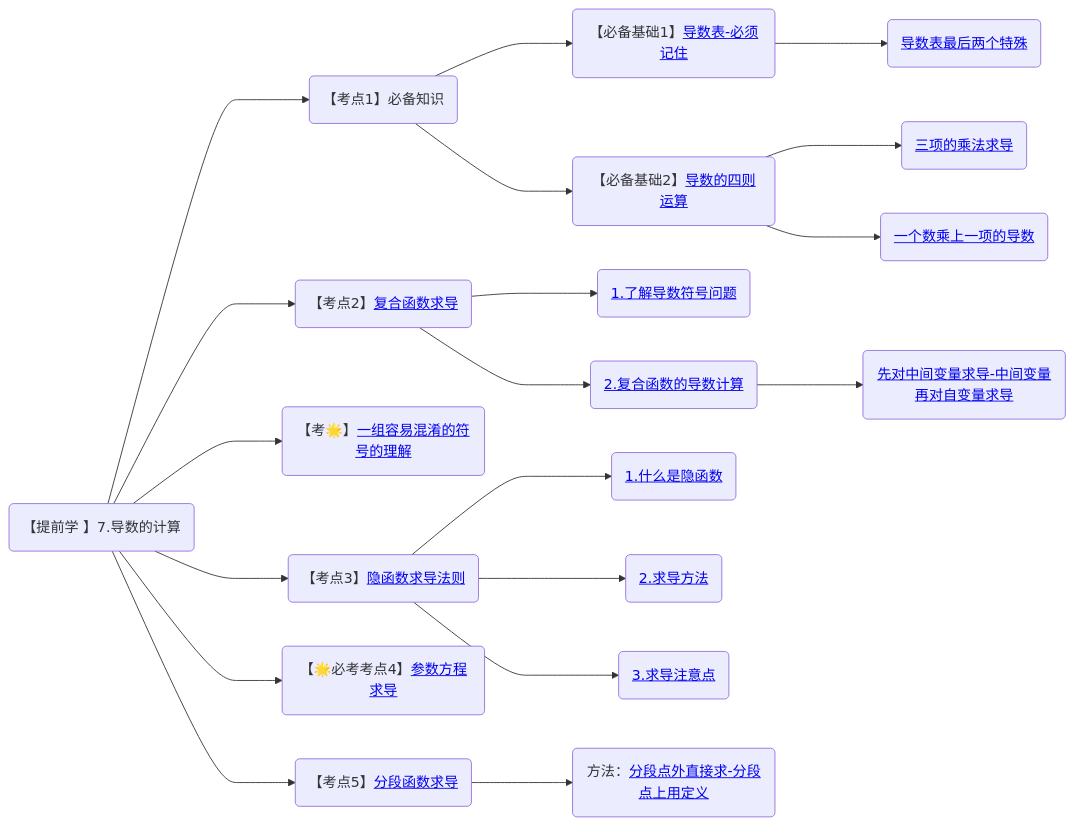
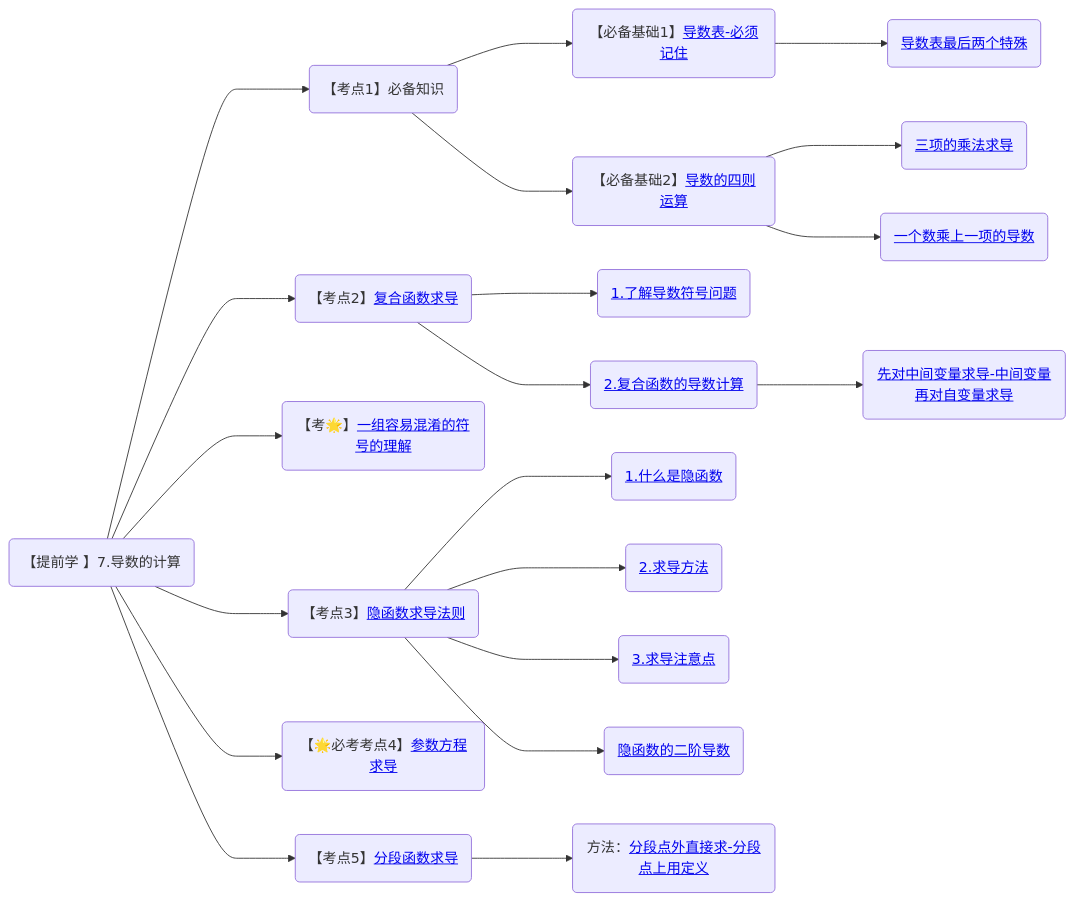
One commit to yuebinghui/note changed the eighth of 11 diagrams in 笔记/数学/周洋鑫/框架.md. Above: the diagram before and after it, drawn with Mermaid. The commit also changed other lines of this file and 10 other files, not shown here.

````diff
--- a/笔记/数学/周洋鑫/框架.md
+++ b/笔记/数学/周洋鑫/框架.md
@@ -259,30 +259,31 @@
 ```mermaid
 graph LR
 7.导数的计算(【提前学 】7.导数的计算)
 
 7.导数的计算---> 必备知识(【考点1】必备知识)
 必备知识--->导数表-必须记住(【必备基础1】<a href="/Users/yuebinghui/Documents/program/github/note/笔记/数学/周洋鑫/11.1零基础核心考点精讲10-1.md#导数表-必须记住">导数表-必须记住</>)
 导数表-必须记住--->导数表最后两个特殊(<a href="/Users/yuebinghui/Documents/program/github/note/笔记/数学/周洋鑫/11.1零基础核心考点精讲10-1.md#导数表最后两个特殊">导数表最后两个特殊</>)
 必备知识--->导数的四则运算(【必备基础2】<a href="/Users/yuebinghui/Documents/program/github/note/笔记/数学/周洋鑫/11.1零基础核心考点精讲10-1.md#导数的四则运算">导数的四则运算</>)
 导数的四则运算--->三项的乘法求导(<a href="/Users/yuebinghui/Documents/program/github/note/笔记/数学/周洋鑫/11.1零基础核心考点精讲10-1.md#三项的乘法求导">三项的乘法求导</>)
 导数的四则运算--->一个数乘上一项的导数(<a href="/Users/yuebinghui/Documents/program/github/note/笔记/数学/周洋鑫/11.1零基础核心考点精讲10-1.md#一个数乘上一项的导数">一个数乘上一项的导数</>)
 
 7.导数的计算---> 复合函数求导(【考点2】<a href="/Users/yuebinghui/Documents/program/github/note/笔记/数学/周洋鑫/11.1零基础核心考点精讲10-1.md#复合函数求导">复合函数求导</>)
 复合函数求导---> 1.了解导数符号问题(<a href="/Users/yuebinghui/Documents/program/github/note/笔记/数学/周洋鑫/11.1零基础核心考点精讲10-1.md#1.了解导数符号问题">1.了解导数符号问题</>)
 复合函数求导---> 2.复合函数的导数计算(<a href="/Users/yuebinghui/Documents/program/github/note/笔记/数学/周洋鑫/11.1零基础核心考点精讲10-1.md#2.复合函数的导数计算">2.复合函数的导数计算</>)
 2.复合函数的导数计算--->先对中间变量求导-中间变量再对自变量求导(<a href="/Users/yuebinghui/Documents/program/github/note/笔记/数学/周洋鑫/11.1零基础核心考点精讲10-1.md#先对中间变量求导-中间变量再对自变量求导">先对中间变量求导-中间变量再对自变量求导</>)
 
 7.导数的计算---> 一组容易混淆的符号的理解(【考🌟】<a href="/Users/yuebinghui/Documents/program/github/note/笔记/数学/周洋鑫/11.1零基础核心考点精讲10-1.md#一组容易混淆的符号的理解">一组容易混淆的符号的理解</>)
 
 7.导数的计算---> 隐函数求导法则(【考点3】<a href="/Users/yuebinghui/Documents/program/github/note/笔记/数学/周洋鑫/12.零基础核心考点精讲11-1.md#隐函数求导法则">隐函数求导法则</>)
 隐函数求导法则 ---> 1.什么是隐函数(<a href="/Users/yuebinghui/Documents/program/github/note/笔记/数学/周洋鑫/12.零基础核心考点精讲11-1.md#1.什么是隐函数">1.什么是隐函数</>)
 隐函数求导法则 ---> 2.求导方法(<a href="/Users/yuebinghui/Documents/program/github/note/笔记/数学/周洋鑫/12.零基础核心考点精讲11-1.md#2.求导方法">2.求导方法</>)
 隐函数求导法则 ---> 3.求导注意点(<a href="/Users/yuebinghui/Documents/program/github/note/笔记/数学/周洋鑫/12.零基础核心考点精讲11-1.md#3.求导注意点">3.求导注意点</>)
+隐函数求导法则 ---> 隐函数的二阶导数(<a href="/Users/yuebinghui/Documents/program/github/note/笔记/数学/周洋鑫/12.零基础核心考点精讲11-1.md#隐函数的二阶导数">隐函数的二阶导数</>)
 
 7.导数的计算---> 参数方程求导(【🌟必考考点4】<a href="/Users/yuebinghui/Documents/program/github/note/笔记/数学/周洋鑫/12.零基础核心考点精讲11-1.md#参数方程求导">参数方程求导</>)
 
 7.导数的计算---> 分段函数求导(【考点5】<a href="/Users/yuebinghui/Documents/program/github/note/笔记/数学/周洋鑫/12.零基础核心考点精讲11-1.md#分段函数求导">分段函数求导</>)
 分段函数求导--->分段点外直接求-分段点上用定义(方法：<a href="/Users/yuebinghui/Documents/program/github/note/笔记/数学/周洋鑫/12.零基础核心考点精讲11-1.md#分段点外直接求-分段点上用定义">分段点外直接求-分段点上用定义</>)
 
 
 ```
````
